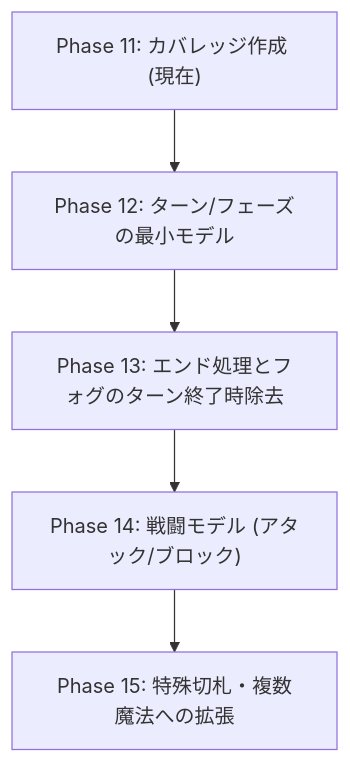
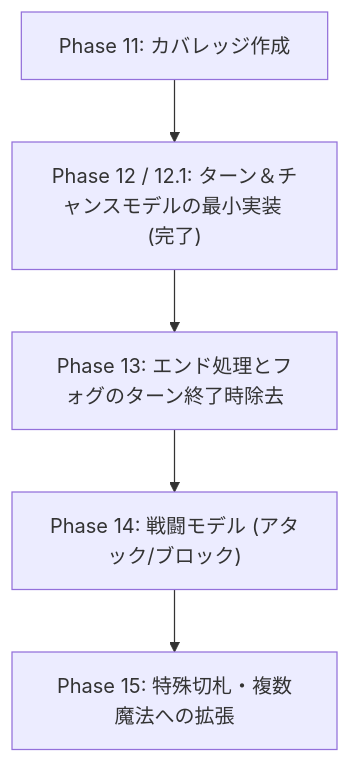
Before and after one commit to BlackPoker/BlackPoker: the diagram in tools/simulator/docs/rules-vnext-coverage.md, drawn with Mermaid. The commit also changed other lines of this file and 6 other files, not shown here.

````diff
--- a/tools/simulator/docs/rules-vnext-coverage.md
+++ b/tools/simulator/docs/rules-vnext-coverage.md
@@ -167,7 +167,7 @@
 ```mermaid
 graph TD
-    A["Phase 11: カバレッジ作成 (現在)"] --> B["Phase 12: ターン/フェーズの最小モデル"]
+    A["Phase 11: カバレッジ作成"] --> B["Phase 12 / 12.1: ターン＆チャンスモデルの最小実装 (完了)"]
     B --> C["Phase 13: エンド処理とフォグのターン終了時除去"]
     C --> D["Phase 14: 戦闘モデル (アタック/ブロック)"]
     D --> E["Phase 15: 特殊切札・複数魔法への拡張"]
 ```
````
